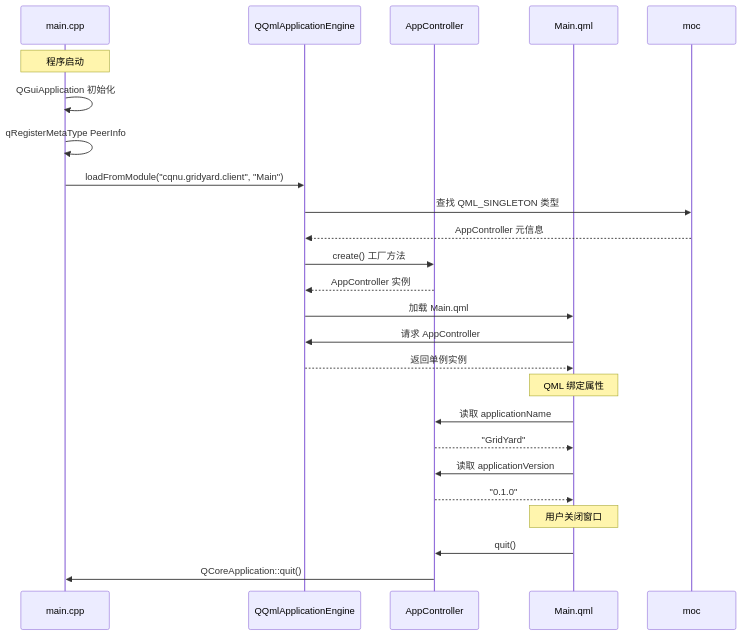
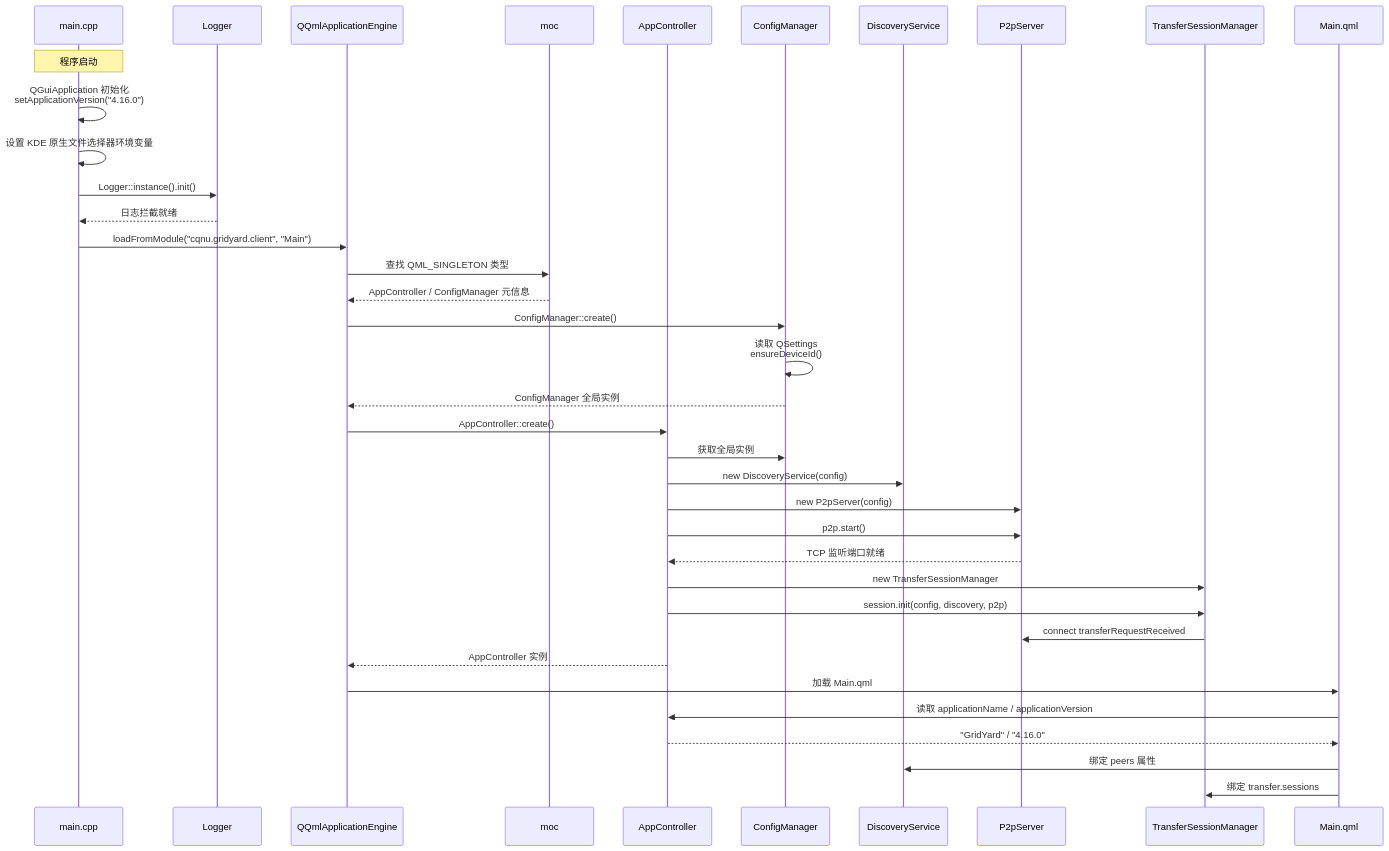
One commit to Gsheep0729/GridYard changed the first of 4 diagrams in doc/diagrams/sequence-diagram.md. Above: the diagram before and after it, drawn with Mermaid. The commit also changed other lines of this file and 24 other files, not shown here.

First line of the commit message:
完善 UML 设计图并按 v4.16.0 细化类图

````diff
--- a/doc/diagrams/sequence-diagram.md
+++ b/doc/diagrams/sequence-diagram.md
@@ -3,31 +9,45 @@
 ```mermaid
 sequenceDiagram
     participant main as main.cpp
+    participant logger as Logger
     participant engine as QQmlApplicationEngine
+    participant moc as moc
     participant app as AppController
+    participant config as ConfigManager
+    participant discovery as DiscoveryService
+    participant p2p as P2pServer
+    participant session as TransferSessionManager
     participant qml as Main.qml
 
     Note over main: 程序启动
-    main->>main: QGuiApplication 初始化
-    main->>main: qRegisterMetaType PeerInfo
+    main->>main: QGuiApplication 初始化<br/>setApplicationVersion("4.16.0")
+    main->>main: 设置 KDE 原生文件选择器环境变量
+    main->>logger: Logger::instance().init()
+    logger-->>main: 日志拦截就绪
+
     main->>engine: loadFromModule("cqnu.gridyard.client", "Main")
 
     engine->>moc: 查找 QML_SINGLETON 类型
-    moc-->>engine: AppController 元信息
-    engine->>app: create() 工厂方法
+    moc-->>engine: AppController / ConfigManager 元信息
+
+    engine->>config: ConfigManager::create()
+    config->>config: 读取 QSettings<br/>ensureDeviceId()
+    config-->>engine: ConfigManager 全局实例
+
+    engine->>app: AppController::create()
+    app->>config: 获取全局实例
+    app->>discovery: new DiscoveryService(config)
+    app->>p2p: new P2pServer(config)
+    app->>p2p: p2p.start()
+    p2p-->>app: TCP 监听端口就绪
+    app->>session: new TransferSessionManager
+    app->>session: session.init(config, discovery, p2p)
+    session->>p2p: connect transferRequestReceived
     app-->>engine: AppController 实例
 
     engine->>qml: 加载 Main.qml
-    qml->>engine: 请求 AppController
-    engine-->>qml: 返回单例实例
-
-    Note over qml: QML 绑定属性
-    qml->>app: 读取 applicationName
-    app-->>qml: "GridYard"
-    qml->>app: 读取 applicationVersion
-    app-->>qml: "0.1.0"
-
-    Note over qml: 用户关闭窗口
-    qml->>app: quit()
-    app->>main: QCoreApplication::quit()
+    qml->>app: 读取 applicationName / applicationVersion
+    app-->>qml: "GridYard" / "4.16.0"
+    qml->>discovery: 绑定 peers 属性
+    qml->>session: 绑定 transfer.sessions
 ```
````
